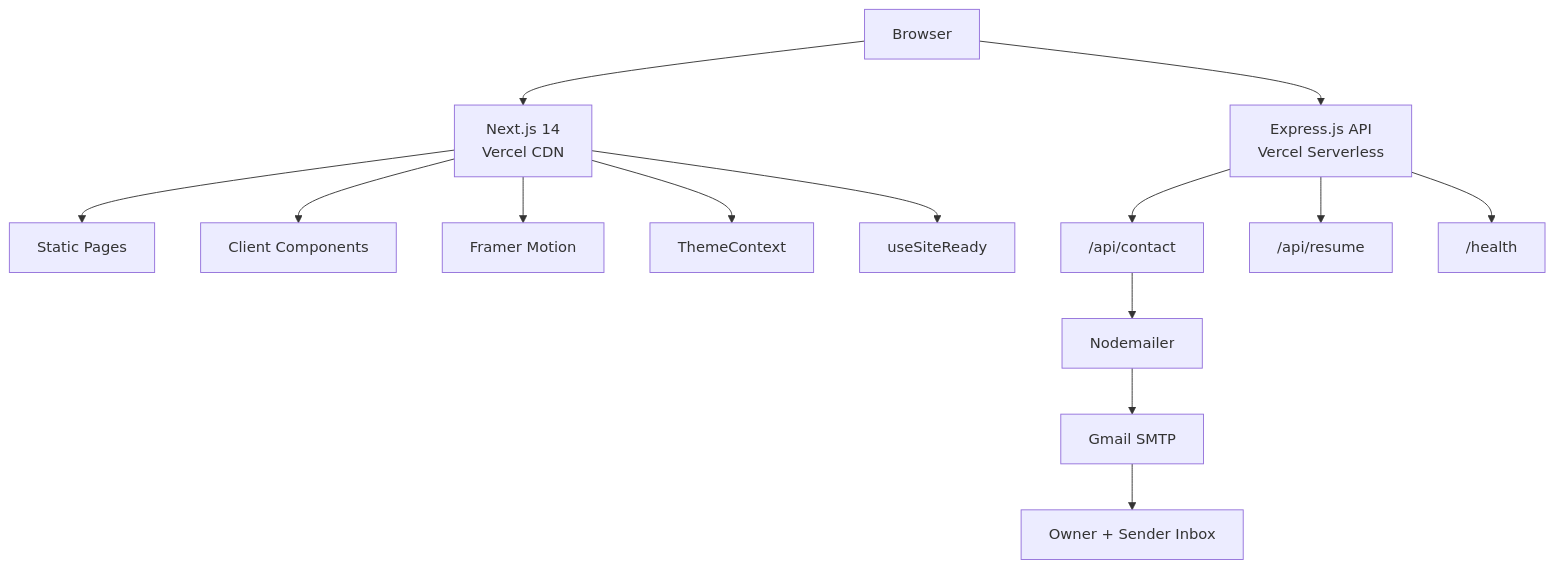
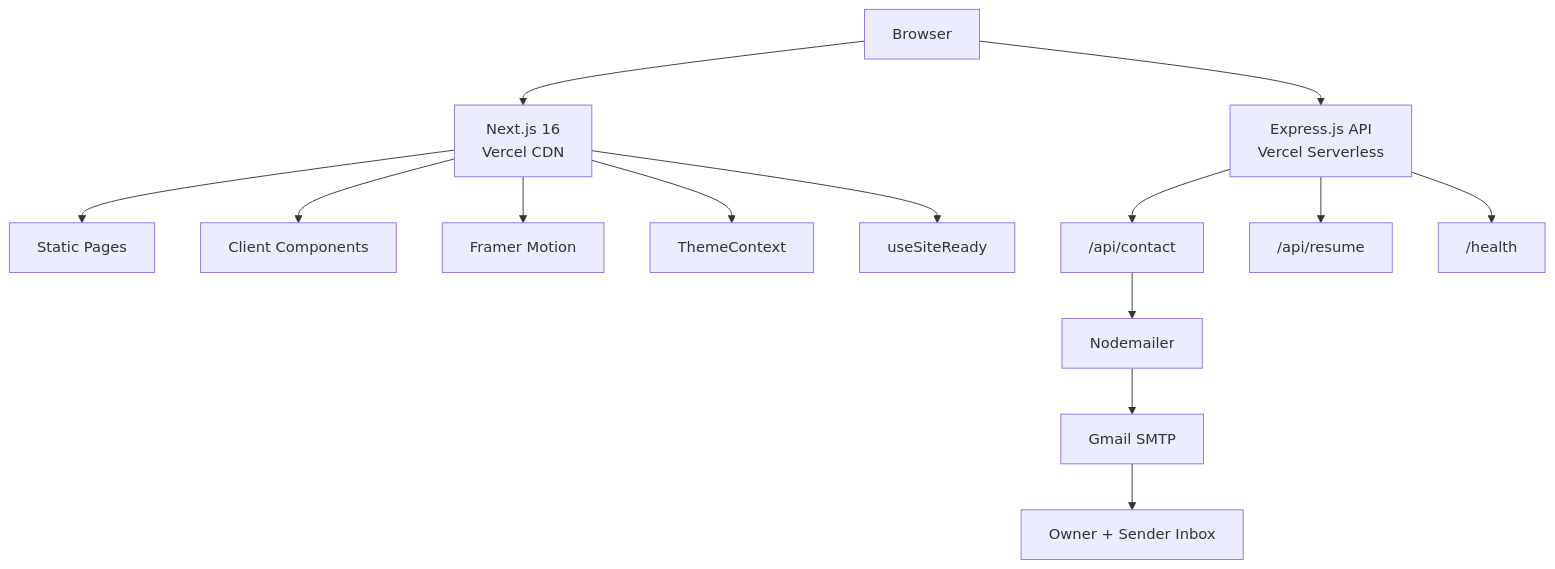
The first of 4 diagrams in README.md (oyedokunken/oyedokun-SWE), drawn with Mermaid before and after one commit. The commit also changed other lines of this file and 42 other files, not shown here.

````diff
--- a/README.md
+++ b/README.md
@@ -83,16 +85,16 @@
 ```mermaid
 flowchart TD
-    A[Browser] --> B[Next.js 14<br/>Vercel CDN]
+    A[Browser] --> B[Next.js 16<br/>Vercel CDN]
     A --> C[Express.js API<br/>Vercel Serverless]
     B --> D[Static Pages]
     B --> E[Client Components]
     B --> F[Framer Motion]
     B --> G[ThemeContext]
     B --> H[useSiteReady]
     C --> I["/api/contact"]
     C --> J["/api/resume"]
     C --> K["/health"]
     I --> L[Nodemailer]
     L --> M[Gmail SMTP]
     M --> N[Owner + Sender Inbox]
 ```
````
